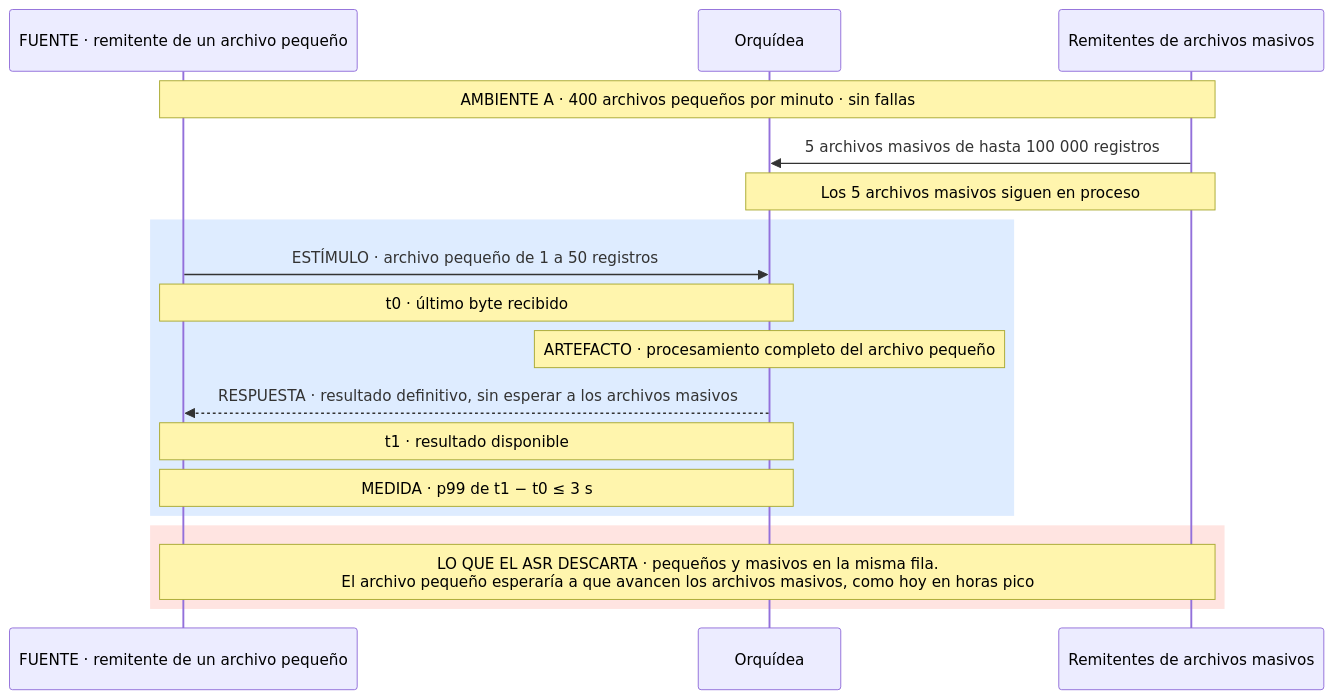
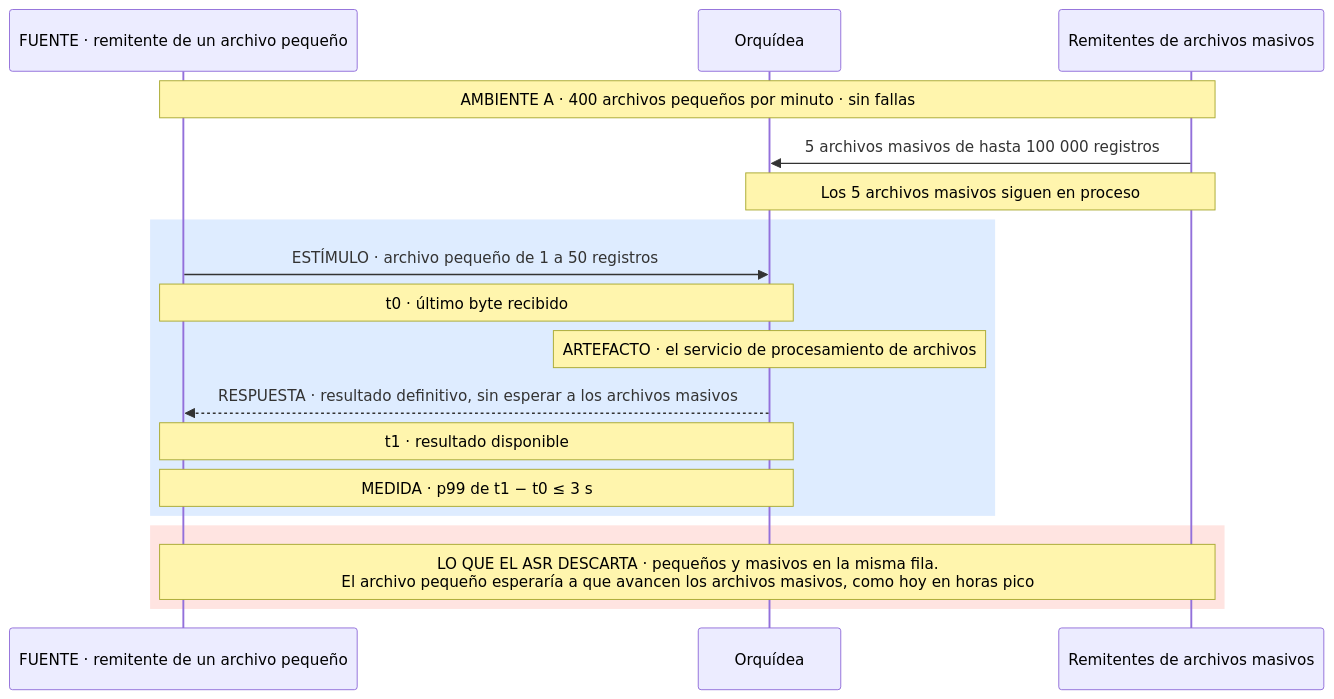
Before and after one commit to MATI-MBIT/arqsoft-reto-4: the second of 17 diagrams in docs/quality-attributes.md, drawn with Mermaid. The commit also changed other lines of this file and 3 other files, not shown here.

````diff
--- a/docs/quality-attributes.md
+++ b/docs/quality-attributes.md
@@ -215,20 +215,20 @@
 ```mermaid
 sequenceDiagram
     participant P as FUENTE · remitente de un archivo pequeño
     participant O as Orquídea
     participant M as Remitentes de archivos masivos
     Note over P,M: AMBIENTE A · 400 archivos pequeños por minuto · sin fallas
     M->>O: 5 archivos masivos de hasta 100 000 registros
     Note over O,M: Los 5 archivos masivos siguen en proceso
     rect rgb(222, 236, 255)
     P->>O: ESTÍMULO · archivo pequeño de 1 a 50 registros
     Note over P,O: t0 · último byte recibido
-    Note over O: ARTEFACTO · procesamiento completo del archivo pequeño
+    Note over O: ARTEFACTO · el servicio de procesamiento de archivos
     O-->>P: RESPUESTA · resultado definitivo, sin esperar a los archivos masivos
     Note over P,O: t1 · resultado disponible
     Note over P,O: MEDIDA · p99 de t1 − t0 ≤ 3 s
     end
     rect rgb(255, 228, 225)
     Note over P,M: LO QUE EL ASR DESCARTA · pequeños y masivos en la misma fila.<br/>El archivo pequeño esperaría a que avancen los archivos masivos, como hoy en horas pico
     end
 ```
````
